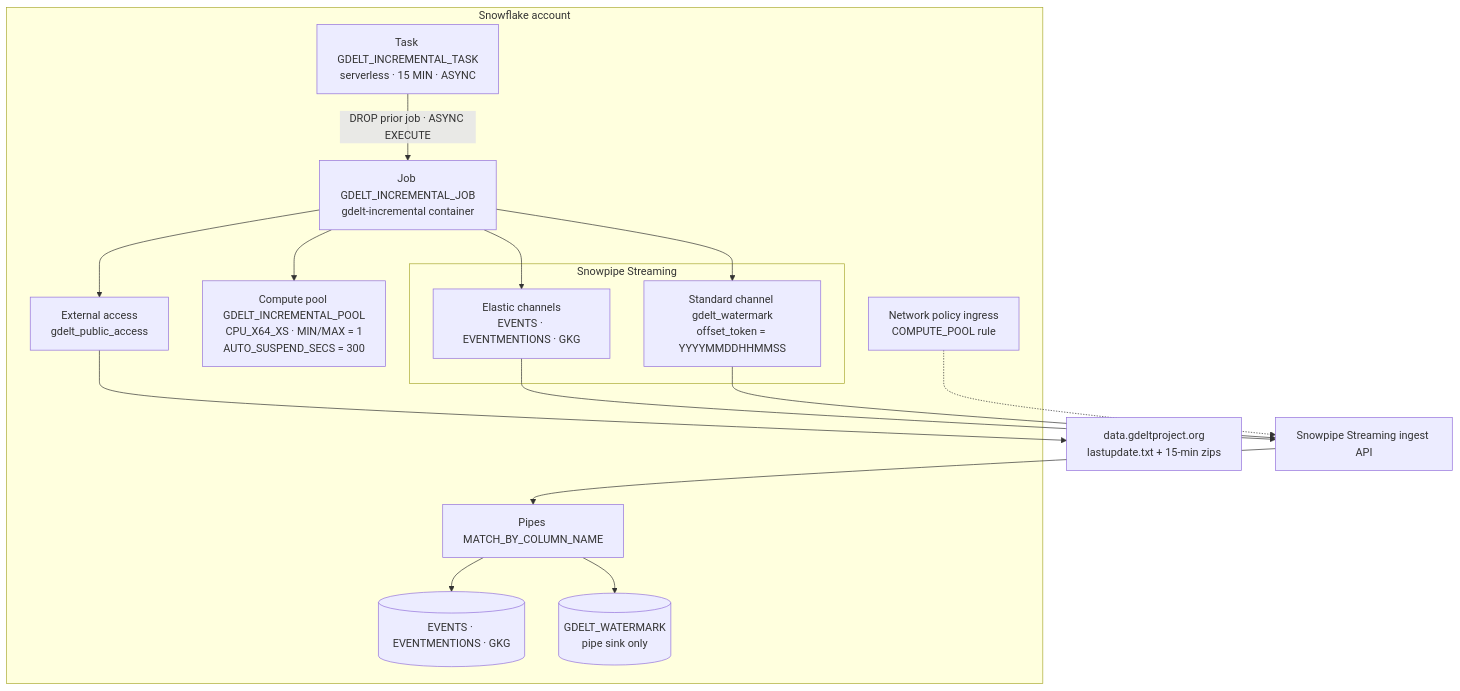
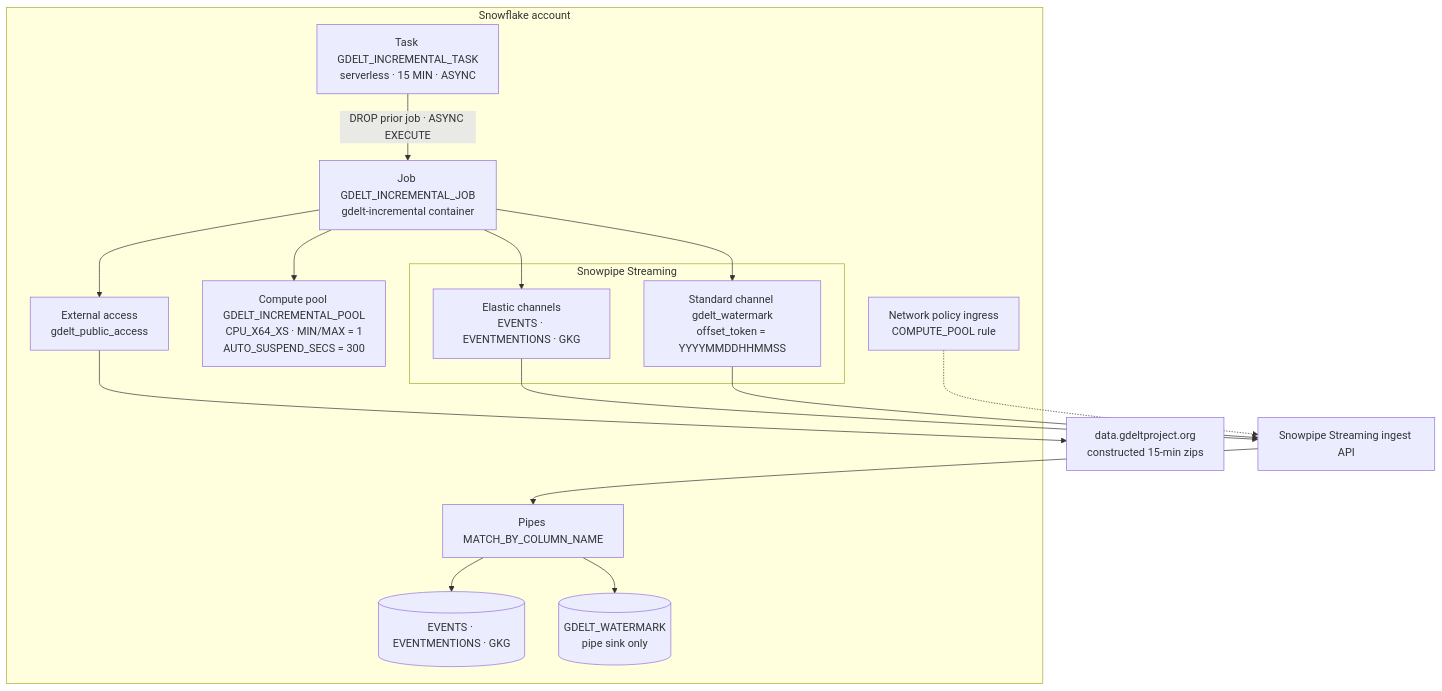
One commit to sfc-gh-bculberson/snowcat-streaming_gdelt changed the first of 3 diagrams in docs/architecture-and-cost.md. Above: the diagram before and after it, drawn with Mermaid. The commit also changed other lines of this file and 11 other files, not shown here.

````diff
--- a/docs/architecture-and-cost.md
+++ b/docs/architecture-and-cost.md
@@ -19,34 +19,34 @@
 ```mermaid
 flowchart TB
   subgraph Snowflake["Snowflake account"]
     Task["Task GDELT_INCREMENTAL_TASK<br/>serverless · 15 MIN · ASYNC"]
     Pool["Compute pool GDELT_INCREMENTAL_POOL<br/>CPU_X64_XS · MIN/MAX = 1<br/>AUTO_SUSPEND_SECS = 300"]
     Job["Job GDELT_INCREMENTAL_JOB<br/>gdelt-incremental container"]
 
     subgraph Streaming["Snowpipe Streaming"]
       EC["Elastic channels<br/>EVENTS · EVENTMENTIONS · GKG"]
       WM["Standard channel gdelt_watermark<br/>offset_token = YYYYMMDDHHMMSS"]
     end
 
     Pipes["Pipes MATCH_BY_COLUMN_NAME"]
     Tables[("EVENTS · EVENTMENTIONS · GKG")]
     Sink[("GDELT_WATERMARK<br/>pipe sink only")]
     EAI["External access<br/>gdelt_public_access"]
     NP["Network policy ingress<br/>COMPUTE_POOL rule"]
   end
 
-  GDELT["data.gdeltproject.org<br/>lastupdate.txt + 15-min zips"]
+  GDELT["data.gdeltproject.org<br/>constructed 15-min zips"]
   IngestAPI["Snowpipe Streaming ingest API"]
 
   Task -->|"DROP prior job · ASYNC EXECUTE"| Job
   Job --> Pool
   Job --> EAI --> GDELT
   Job --> EC
   Job --> WM
   EC --> IngestAPI
   WM --> IngestAPI
   IngestAPI --> Pipes
   Pipes --> Tables
   Pipes --> Sink
   NP -.-> IngestAPI
 ```
````
